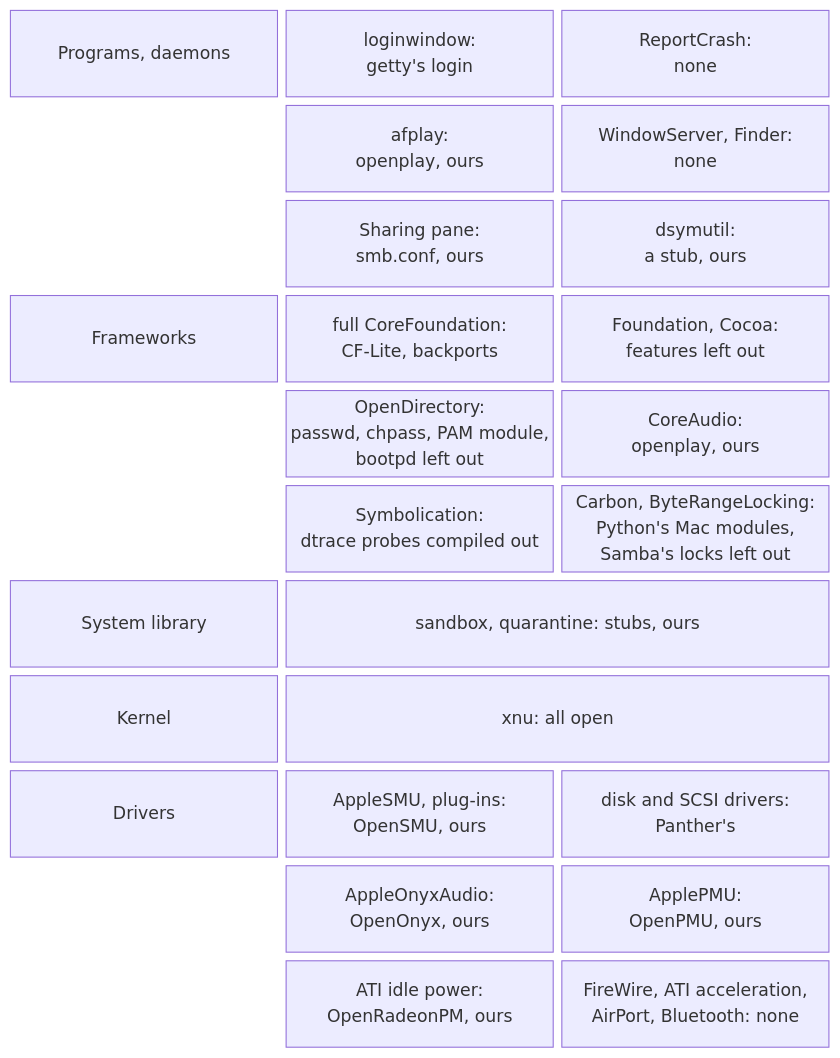
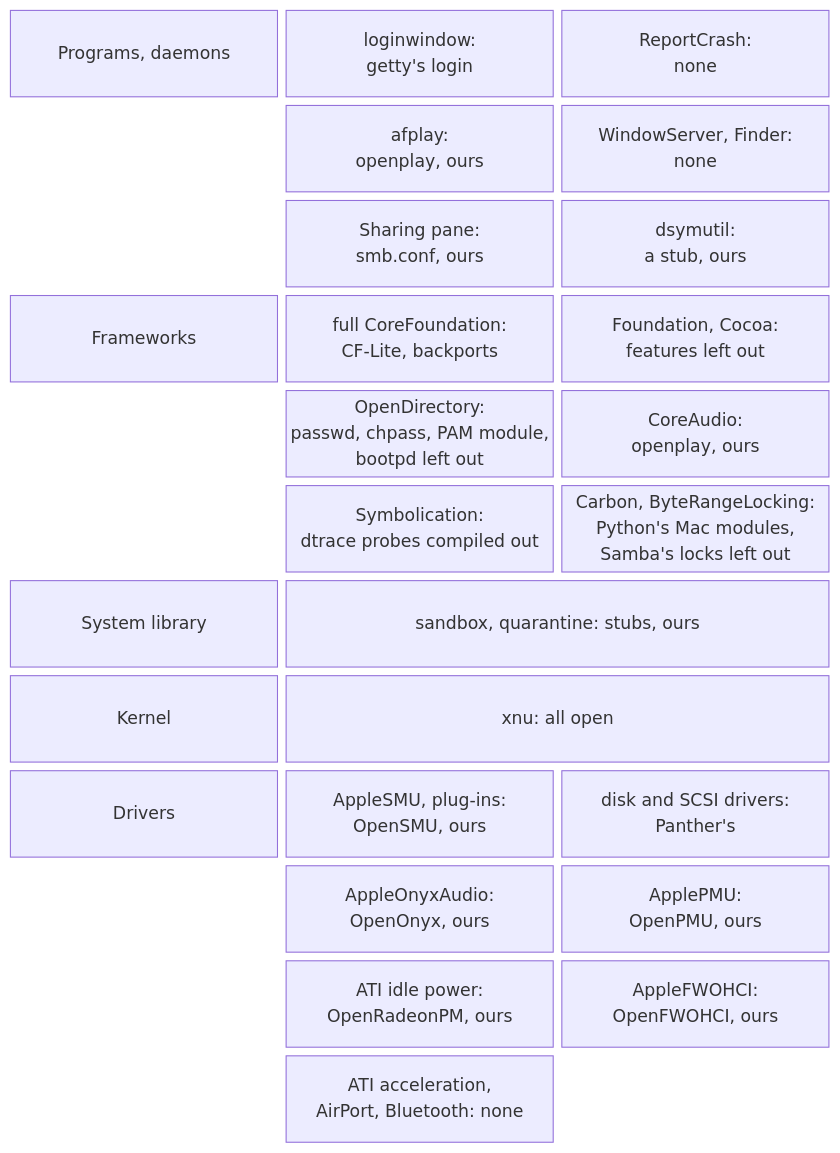
Before and after one commit to nyg/PowerDarwin: the diagram in docs/src/synthesis/what-stays-closed.md, drawn with Mermaid. The commit also changed other lines of this file and 25 other files, not shown here.

Commit message:
feat: add OpenFWOHCI, an open link driver for the iMac G5's FireWire controller (#11)

````diff
--- a/docs/src/synthesis/what-stays-closed.md
+++ b/docs/src/synthesis/what-stays-closed.md
@@ -25,15 +25,16 @@
 ```mermaid
 block-beta
     columns 3
     p["Programs, daemons"] p1["loginwindow:<br/>getty's login"] p2["ReportCrash:<br/>none"]
     space p3["afplay:<br/>openplay, ours"] p4["WindowServer, Finder:<br/>none"]
     space p5["Sharing pane:<br/>smb.conf, ours"] p6["dsymutil:<br/>a stub, ours"]
     f["Frameworks"] f1["full CoreFoundation:<br/>CF-Lite, backports"] f2["Foundation, Cocoa:<br/>features left out"]
     space f3["OpenDirectory:<br/>passwd, chpass, PAM module,<br/>bootpd left out"] f4["CoreAudio:<br/>openplay, ours"]
     space f5["Symbolication:<br/>dtrace probes compiled out"] f6["Carbon, ByteRangeLocking:<br/>Python's Mac modules,<br/>Samba's locks left out"]
     l["System library"] l1["sandbox, quarantine: stubs, ours"]:2
     k["Kernel"] k1["xnu: all open"]:2
     d["Drivers"] d1["AppleSMU, plug-ins:<br/>OpenSMU, ours"] d2["disk and SCSI drivers:<br/>Panther's"]
     space d3["AppleOnyxAudio:<br/>OpenOnyx, ours"] d4["ApplePMU:<br/>OpenPMU, ours"]
-    space d5["ATI idle power:<br/>OpenRadeonPM, ours"] d6["FireWire, ATI acceleration,<br/>AirPort, Bluetooth: none"]
+    space d5["ATI idle power:<br/>OpenRadeonPM, ours"] d6["AppleFWOHCI:<br/>OpenFWOHCI, ours"]
+    space d7["ATI acceleration,<br/>AirPort, Bluetooth: none"] space
 ```
````
